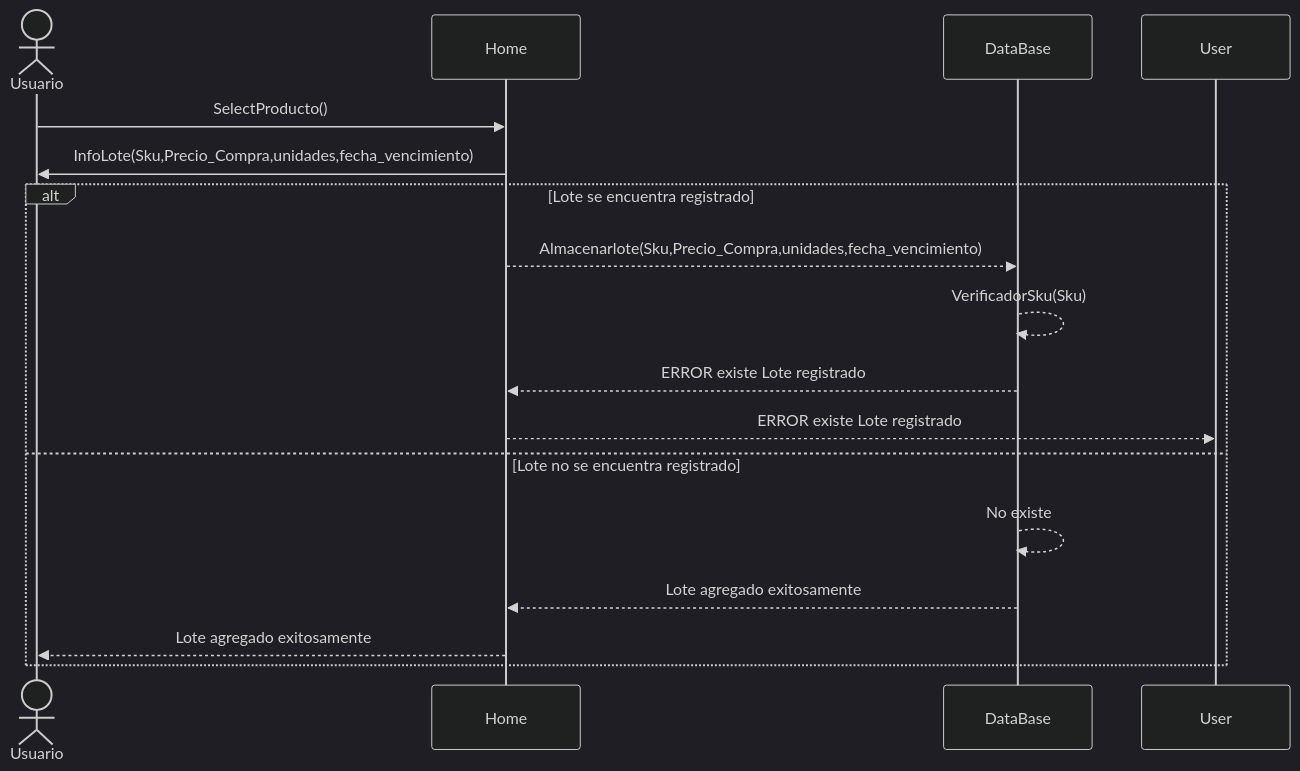
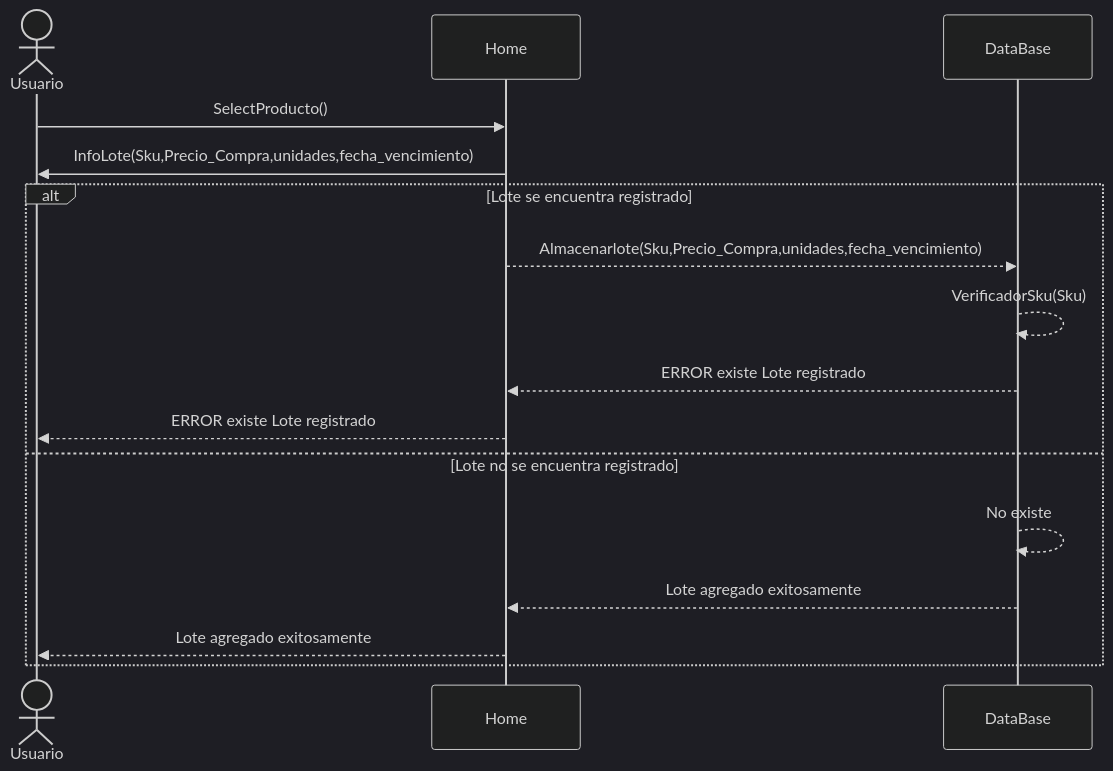
One commit to CokkeDev/Mi-Negocio changed the fourth of 4 diagrams in README.md. Above: the diagram before and after it, drawn with Mermaid (dark theme).

Commit message:
Diagram of Secuence user combines batches of the products
Error in the diagram, User duplicated delete

````diff
--- a/README.md
+++ b/README.md
@@ -159,20 +159,20 @@
 ```mermaid
 sequenceDiagram
     actor Usuario
     participant Home
     participant DataBase
     Usuario->>Home: SelectProducto();
     Home->>Usuario: InfoLote(Sku,Precio_Compra,unidades,fecha_vencimiento);
 
     alt Lote se encuentra registrado
         Home-->>DataBase: Almacenarlote(Sku,Precio_Compra,unidades,fecha_vencimiento);
         DataBase-->>DataBase: VerificadorSku(Sku);
         DataBase-->>Home: ERROR existe Lote registrado
-        Home-->>User: ERROR existe Lote registrado
+        Home-->>Usuario: ERROR existe Lote registrado
 
     else Lote no se encuentra registrado
         DataBase-->>DataBase: No existe
         DataBase-->>Home: Lote agregado exitosamente;
         Home-->>Usuario: Lote agregado exitosamente;
     end
 ```
````
